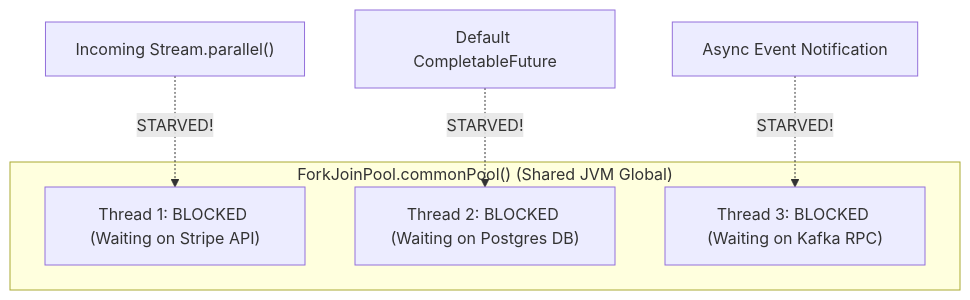
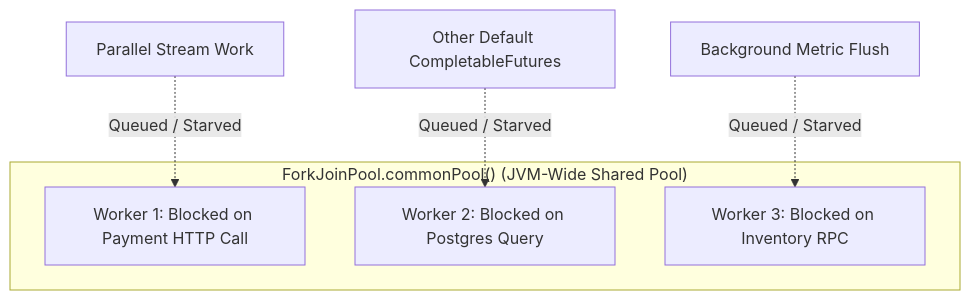
One commit to ravishankar2463/java_hub changed the second of 3 diagrams in content/roadmap/level-5/asynchronous-programming.md. Above: the diagram before and after it, drawn with Mermaid. The commit also changed other lines of this file and 119 other files, not shown here.

Commit message:
feat: add comprehensive java learning roadmap content across multiple levels

````diff
--- a/content/roadmap/level-5/asynchronous-programming.md
+++ b/content/roadmap/level-5/asynchronous-programming.md
@@ -121,12 +180,12 @@
 ```mermaid
 flowchart TD
-    subgraph "ForkJoinPool.commonPool() (Shared JVM Global)"
-        W1["Thread 1: BLOCKED (Waiting on Stripe API)"]
-        W2["Thread 2: BLOCKED (Waiting on Postgres DB)"]
-        W3["Thread 3: BLOCKED (Waiting on Kafka RPC)"]
+    subgraph commonPool["ForkJoinPool.commonPool() (JVM-Wide Shared Pool)"]
+        w1["Worker 1: Blocked on Payment HTTP Call"]
+        w2["Worker 2: Blocked on Postgres Query"]
+        w3["Worker 3: Blocked on Inventory RPC"]
     end
-    
-    T1["Incoming Stream.parallel()"] -.->|STARVED!| W1
-    T2["Default CompletableFuture"] -.->|STARVED!| W2
-    T3["Async Event Notification"] -.->|STARVED!| W3
+
+    t1["Parallel Stream Work"] -.->|"Queued / Starved"| w1
+    t2["Other Default CompletableFutures"] -.->|"Queued / Starved"| w2
+    t3["Background Metric Flush"] -.->|"Queued / Starved"| w3
 ```
````
